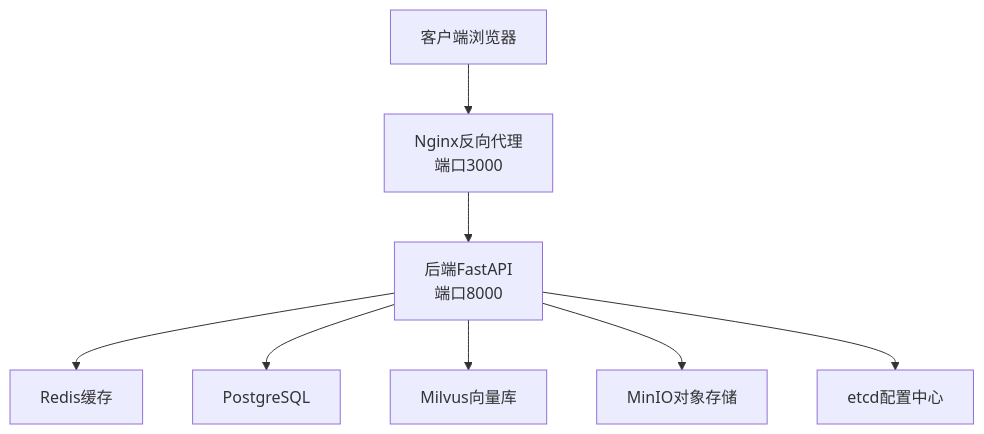
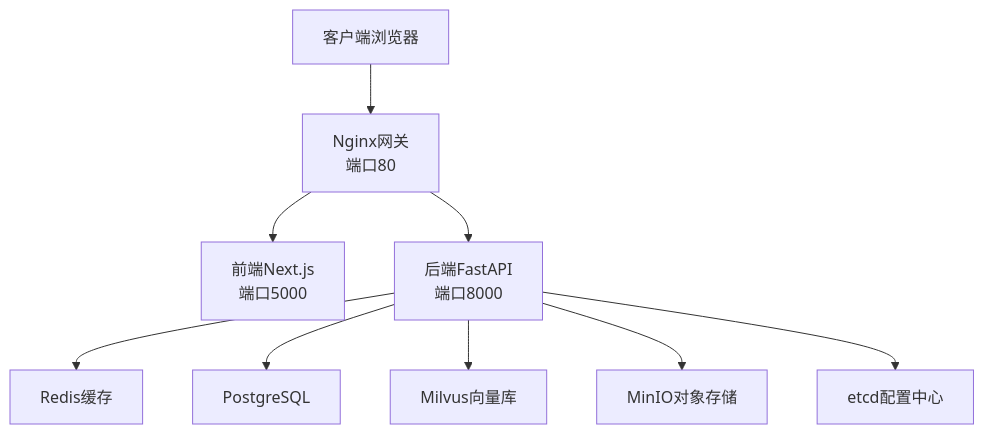
The second of 7 diagrams in .qoder/repowiki/zh/content/部署与运维/部署与运维.md (ghbbn053-ship-itsoulddog/soulddog), drawn with Mermaid before and after one commit. The commit also changed other lines of this file and 119 other files, not shown here.

````diff
--- a/.qoder/repowiki/zh/content/部署与运维/部署与运维.md
+++ b/.qoder/repowiki/zh/content/部署与运维/部署与运维.md
@@ -100,10 +113,11 @@
 ```mermaid
 graph TB
-Client["客户端浏览器"] --> Nginx["Nginx反向代理<br/>端口3000"]
-Nginx --> API["后端FastAPI<br/>端口8000"]
-API --> Redis["Redis缓存"]
-API --> PG["PostgreSQL"]
-API --> Milvus["Milvus向量库"]
-API --> MinIO["MinIO对象存储"]
-API --> Etcd["etcd配置中心"]
+Client["客户端浏览器"] --> Gateway["Nginx网关<br/>端口80"]
+Gateway --> Frontend["前端Next.js<br/>端口5000"]
+Gateway --> Backend["后端FastAPI<br/>端口8000"]
+Backend --> Redis["Redis缓存"]
+Backend --> PG["PostgreSQL"]
+Backend --> Milvus["Milvus向量库"]
+Backend --> MinIO["MinIO对象存储"]
+Backend --> Etcd["etcd配置中心"]
 ```
````
